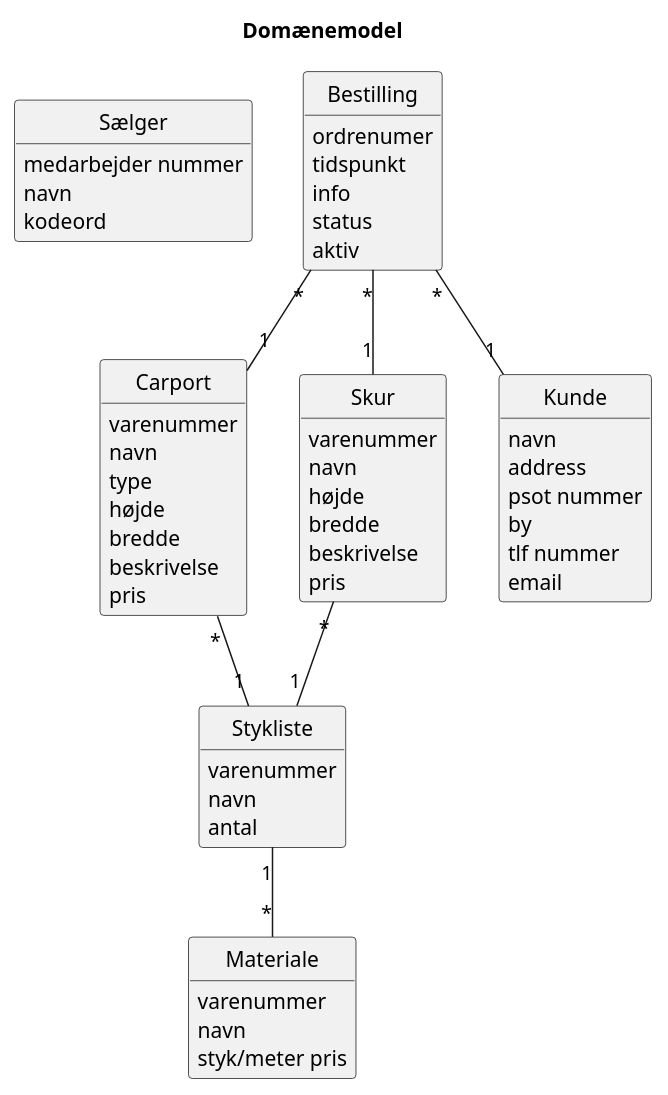
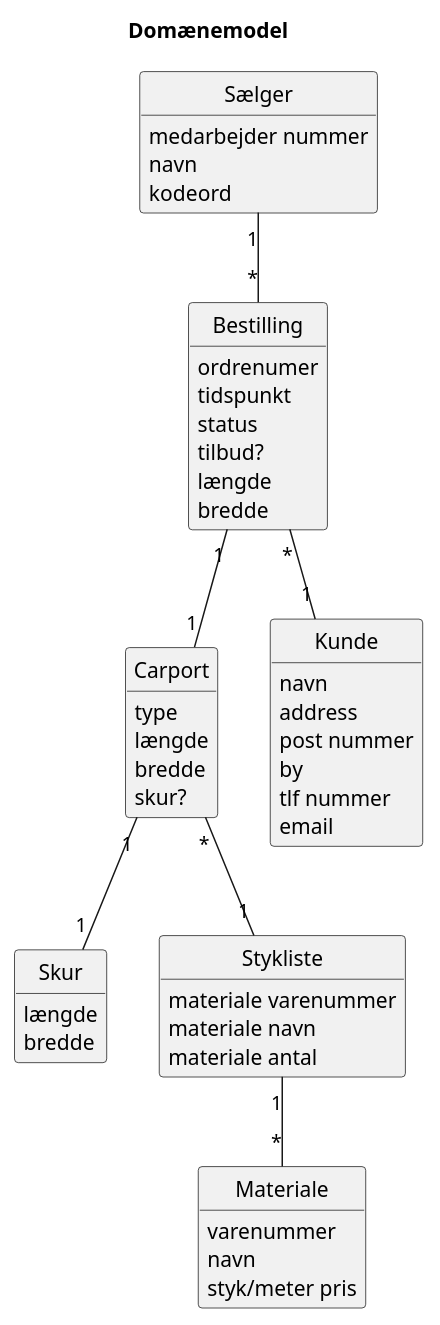
The diagram in src/main/UML/CupCake_Domain_Model.puml (codergram/Fog), drawn with PlantUML before and after one commit. The commit also changed 2 other files, not shown here.

```diff
--- a/src/main/UML/CupCake_Domain_Model.puml
+++ b/src/main/UML/CupCake_Domain_Model.puml
@@ -1,72 +1,66 @@
 @startuml
 Title Domænemodel
 
 hide circle
 hide methods
 
 class Sælger {
     medarbejder nummer
     navn
     kodeord
 }
 
 class Carport {
-    varenummer
-    navn
     type
-    højde
+    længde
     bredde
-    beskrivelse
-    pris
+    skur?
 }
 
 class Skur {
-    varenummer
-    navn
-    højde
+    længde
     bredde
-    beskrivelse
-    pris
 }
 
 class Kunde {
     navn
     address
-    psot nummer
+    post nummer
     by
     tlf nummer
     email
 }
 
 class Bestilling {
     ordrenumer
     tidspunkt
-    info
     status
-    aktiv
+    tilbud?
+    længde
+    bredde
 }
 
 class Stykliste {
-    varenummer
-    navn
-    antal
+    materiale varenummer
+    materiale navn
+    materiale antal
 }
 
 class Materiale {
     varenummer
     navn
     styk/meter pris
 }
 
-Bestilling "*" -- "1" Carport
-Bestilling "*" -- "1" Skur
+Bestilling "1" -- "1" Carport
+Carport "1" -- "1" Skur
 Bestilling "*" -- "1" Kunde
 Carport "*" -- "1" Stykliste
-Skur "*" -- "1" Stykliste
 Stykliste "1" -- "*" Materiale
+Sælger "1" -- "*" Bestilling
 
 
 
 
 
 @enduml
```
